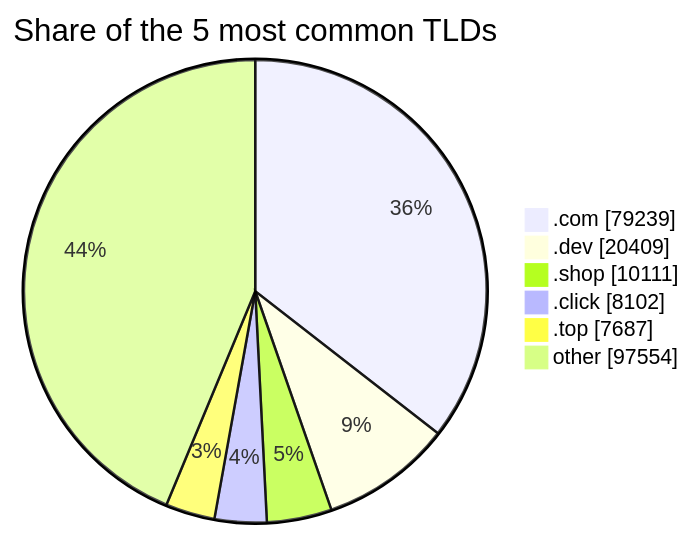
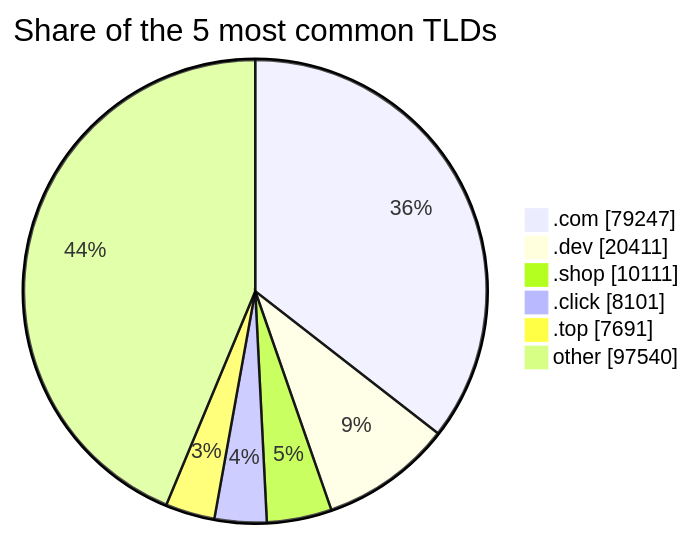
One commit to DNSBunker/CTI changed the third of 3 diagrams in README.md. Above: the diagram before and after it, drawn with Mermaid. The commit also changed other lines of this file and 3 other files, not shown here.

````diff
--- a/README.md
+++ b/README.md
@@ -81,9 +81,9 @@
 ```mermaid
 pie showData title Share of the 5 most common TLDs
-    ".com" : 79239
-    ".dev" : 20409
+    ".com" : 79247
+    ".dev" : 20411
     ".shop" : 10111
-    ".click" : 8102
-    ".top" : 7687
-    "other" : 97554
+    ".click" : 8101
+    ".top" : 7691
+    "other" : 97540
 ```
````
